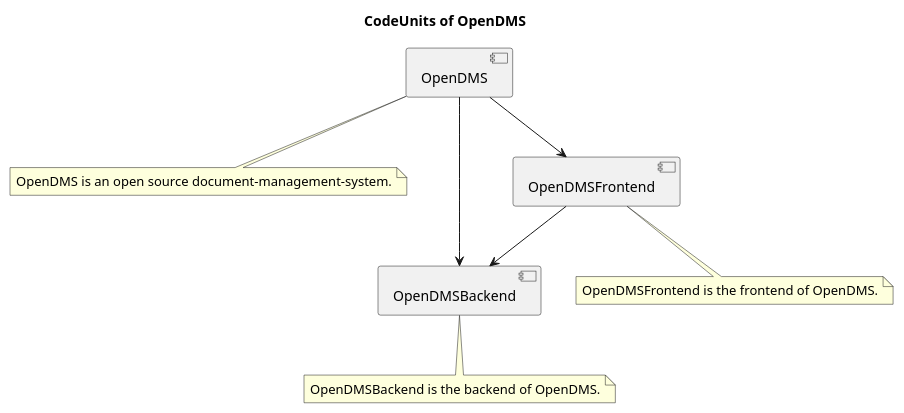
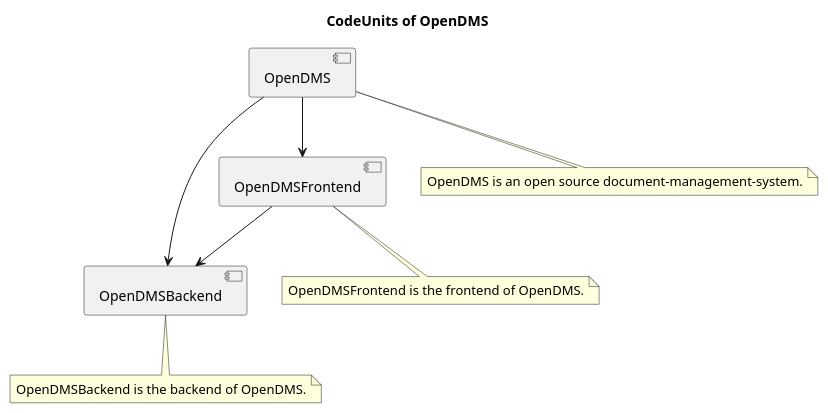
The diagram in Other/Reference/Technical/Diagrams/CodeUnits-Overview.plantuml (anionDevelopment/OpenDMS), drawn with PlantUML before and after one commit. The commit also changed other lines of this file and 19 other files, not shown here.

```diff
--- a/Other/Reference/Technical/Diagrams/CodeUnits-Overview.plantuml
+++ b/Other/Reference/Technical/Diagrams/CodeUnits-Overview.plantuml
@@ -1,26 +1,26 @@
 @startuml CodeUnits-Overview
 title CodeUnits of OpenDMS
-
-[OpenDMS]
-note as OpenDMSNote
-  OpenDMS is an open source document-management-system.
-end note
-OpenDMS .. OpenDMSNote
 
 [OpenDMSBackend]
 note as OpenDMSBackendNote
   OpenDMSBackend is the backend of OpenDMS.
 end note
 OpenDMSBackend .. OpenDMSBackendNote
 
 [OpenDMSFrontend]
 note as OpenDMSFrontendNote
   OpenDMSFrontend is the frontend of OpenDMS.
 end note
 OpenDMSFrontend .. OpenDMSFrontendNote
 
+[OpenDMS]
+note as OpenDMSNote
+  OpenDMS is an open source document-management-system.
+end note
+OpenDMS .. OpenDMSNote
+
+OpenDMSFrontend --> OpenDMSBackend
 OpenDMS --> OpenDMSFrontend
 OpenDMS --> OpenDMSBackend
-OpenDMSFrontend --> OpenDMSBackend
 
 @enduml
```
